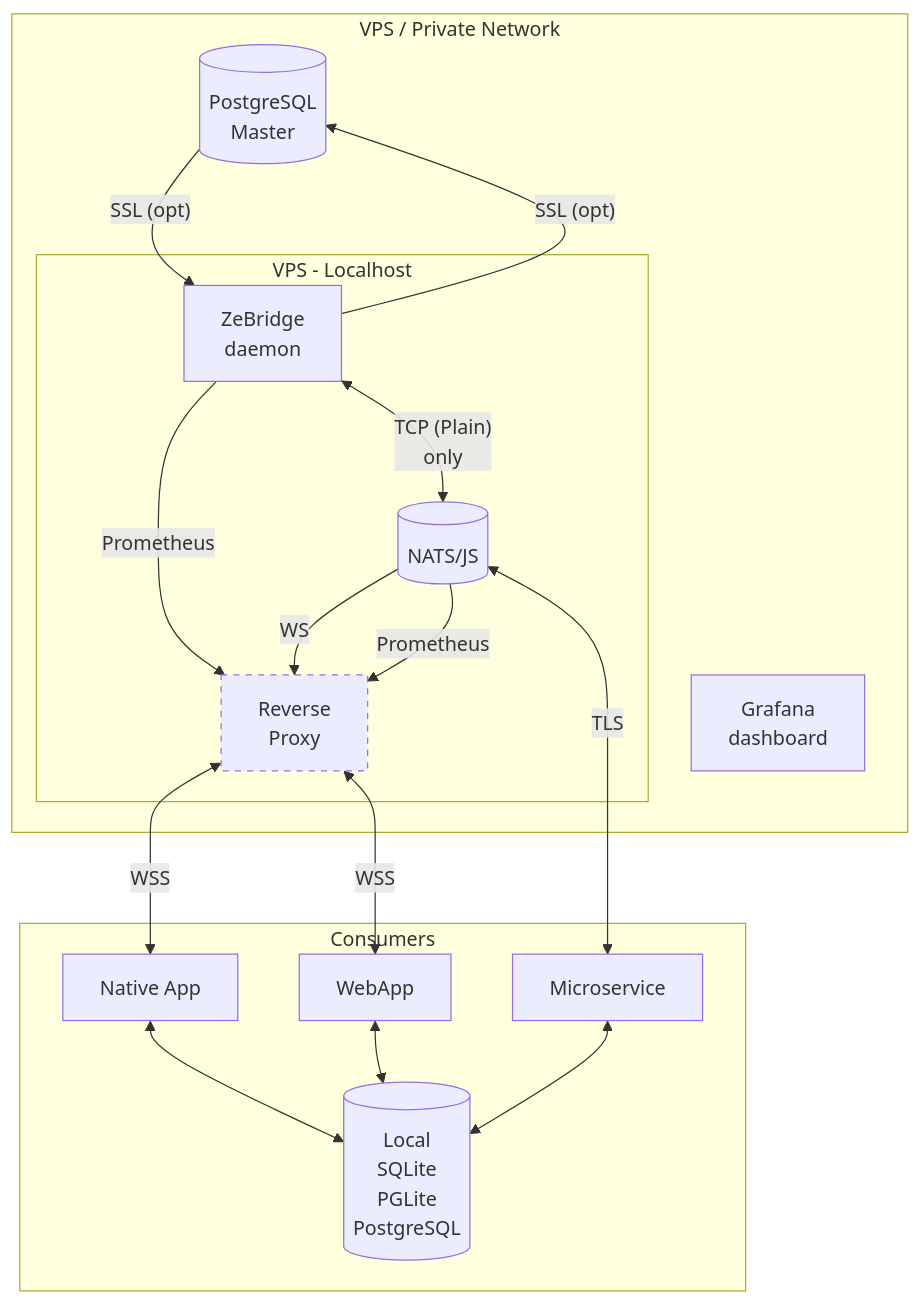
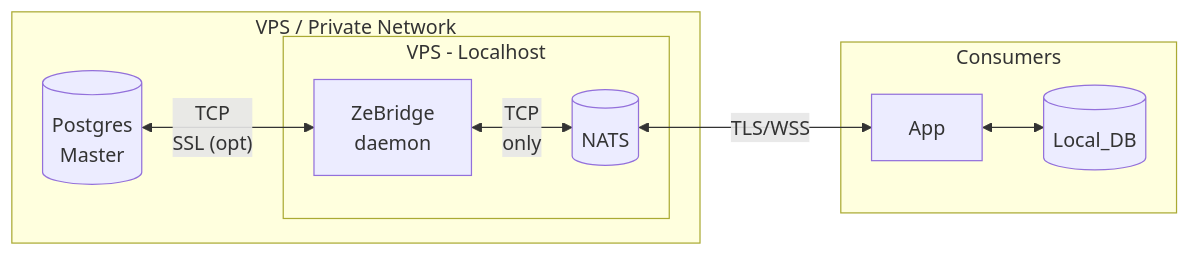
The first of 2 diagrams in README.md (ndrean/ZeBridge), drawn with Mermaid before and after one commit. The commit also changed other lines of this file and 25 other files, not shown here.

````diff
--- a/README.md
+++ b/README.md
@@ -80,35 +69,20 @@
 ```mermaid
-flowchart TD
+flowchart LR
     subgraph VPS["VPS / Private Network"]
-        PG[("PostgreSQL <br> Master")]
+        PG[("Postgres <br> Master")]
         subgraph Localhost ["VPS - Localhost"]
-          Bridge["ZeBridge <br> daemon"]
-          NATS[("NATS/JS")]
-          RevProx["Reverse <br>Proxy"]
-        end
-        
-        
-        Grafana["Grafana <br> dashboard"]
-        Bridge -- Prometheus --> RevProx
-        NATS --WS --> RevProx
-        NATS -- Prometheus --> RevProx
+        Bridge["ZeBridge <br> daemon"]
+        NATS[("NATS")]
+    end
 
-        PG -- "SSL (opt)" --> Bridge
-        Bridge -- "SSL (opt)" --> PG
-        Bridge <--> |"TCP (Plain)" <br> only| NATS
+    PG <-- "TCP <br> SSL (opt)" --> Bridge
+  
+    Bridge <--> |"TCP" <br> only| NATS
     end
-    NATS <-- TLS --> Worker
-    RevProx <--WSS--> NativeApp
-    RevProx <-- WSS --> WebApp
+    NATS <-- TLS/WSS --> App
 
 
     subgraph Consumers["Consumers"]
-        NativeApp["Native App"]
-        WebApp["WebApp"]
-        Worker["Microservice"]
-        NativeApp <--> Local_DB[("Local<br> SQLite <br> PGLite <br> PostgreSQL")]
-        WebApp <--> Local_DB
-        Worker <--> Local_DB
+        App["App"] <--> LocalDB[("Local_DB")]
     end
-    style RevProx stroke-dasharray: 5 5
 ```
````
